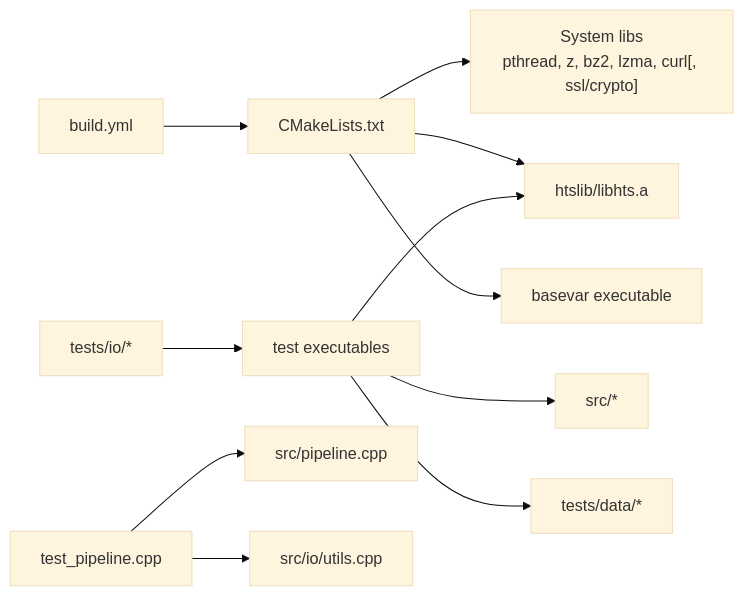
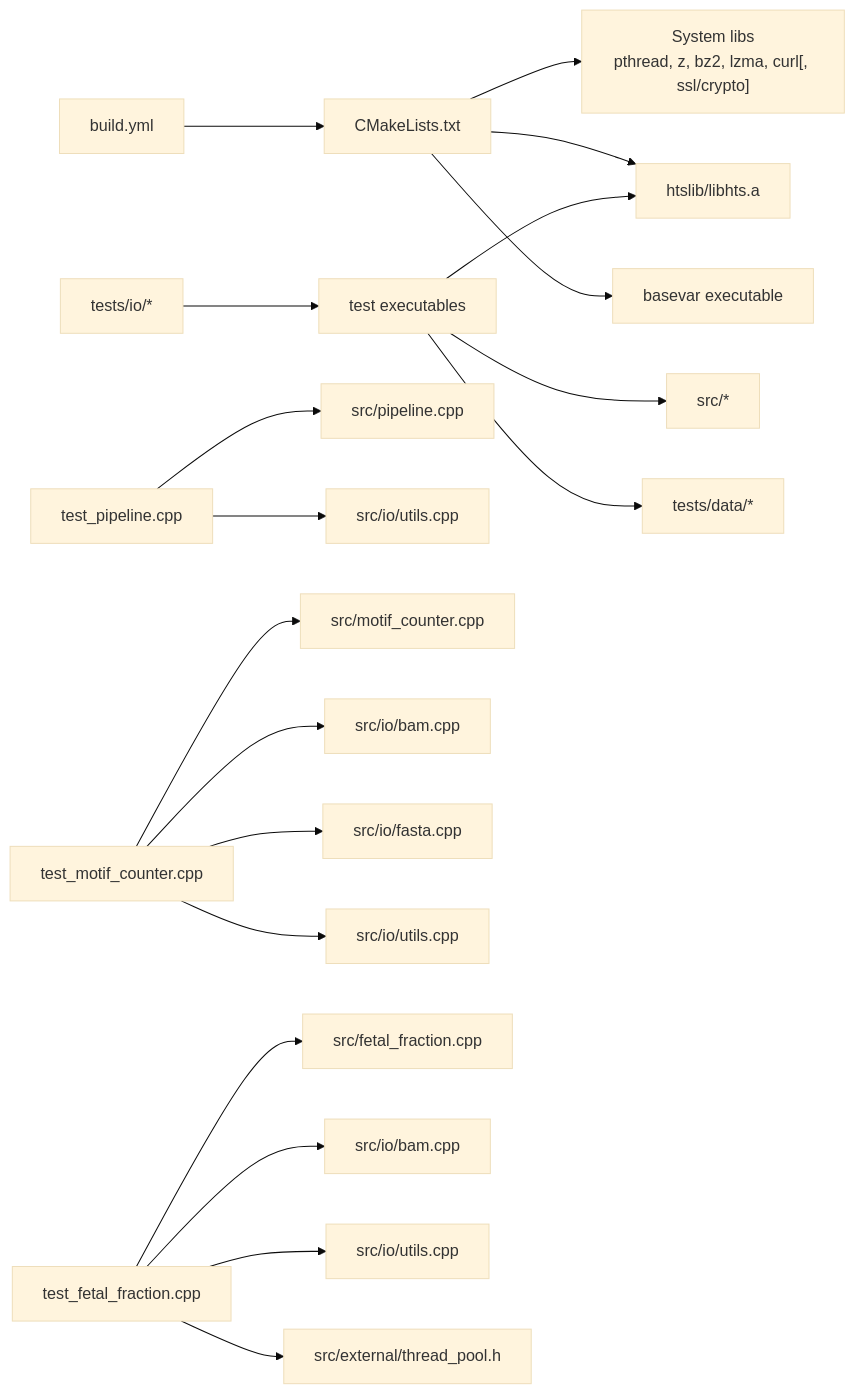
The tenth of 10 diagrams in .qoder/repowiki/en/content/Testing and Validation.md (ShujiaHuang/BaseVar2), drawn with Mermaid (base theme) before and after one commit. The commit also changed other lines of this file and 3 other files, not shown here.

````diff
--- a/.qoder/repowiki/en/content/Testing and Validation.md
+++ b/.qoder/repowiki/en/content/Testing and Validation.md
@@ -344,13 +481,21 @@
 ```mermaid
 graph LR
 CI["build.yml"] --> CMake["CMakeLists.txt"]
 CMake --> Libs["System libs<br/>pthread, z, bz2, lzma, curl[, ssl/crypto]"]
 CMake --> HTS["htslib/libhts.a"]
 CMake --> Exec["basevar executable"]
 Tests["tests/io/*"] --> ExecTests["test executables"]
 ExecTests --> HTS
 ExecTests --> Src["src/*"]
 ExecTests --> Data["tests/data/*"]
 PipelineTests["test_pipeline.cpp"] --> PipelineSrc["src/pipeline.cpp"]
 PipelineTests --> UtilsSrc["src/io/utils.cpp"]
+MotifTests["test_motif_counter.cpp"] --> MotifSrc["src/motif_counter.cpp"]
+MotifTests --> BamSrc["src/io/bam.cpp"]
+MotifTests --> FastaSrc["src/io/fasta.cpp"]
+MotifTests --> UtilsSrc2["src/io/utils.cpp"]
+FetalFractionTests["test_fetal_fraction.cpp"] --> FetalFractionSrc["src/fetal_fraction.cpp"]
+FetalFractionTests --> BamSrc2["src/io/bam.cpp"]
+FetalFractionTests --> UtilsSrc3["src/io/utils.cpp"]
+FetalFractionTests --> ThreadPoolSrc["src/external/thread_pool.h"]
 ```
````
